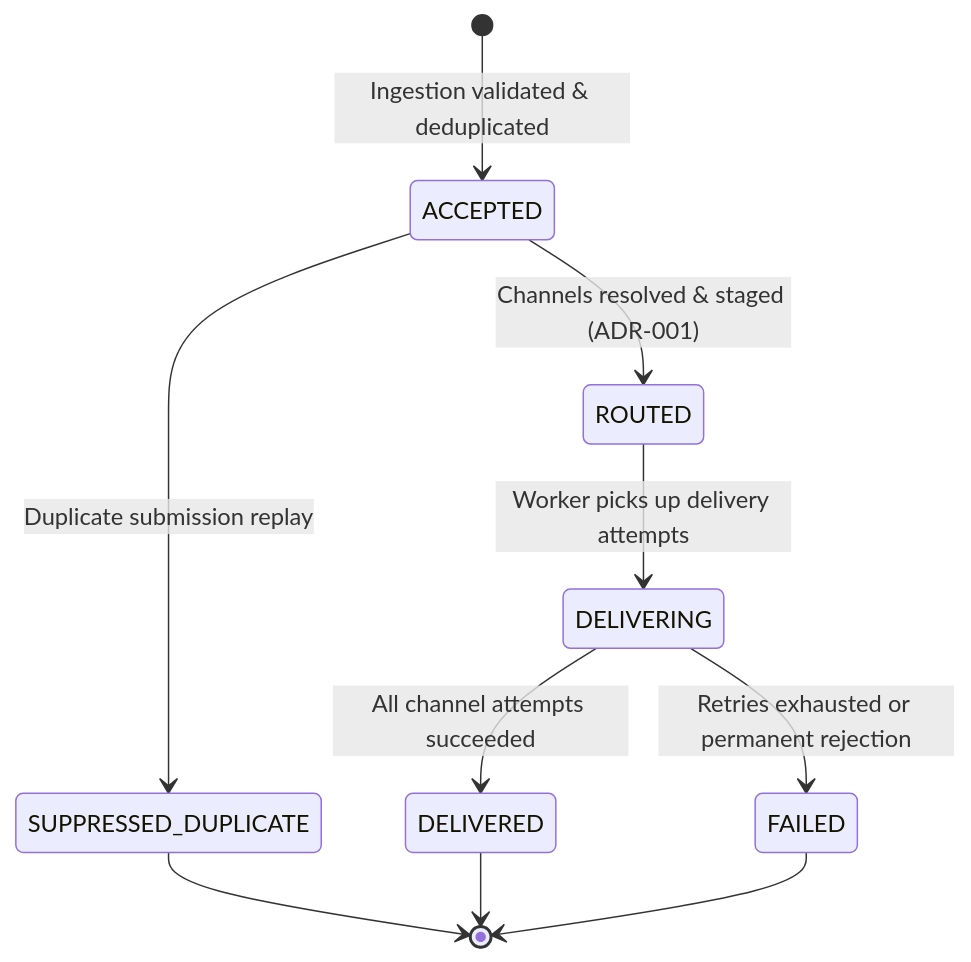
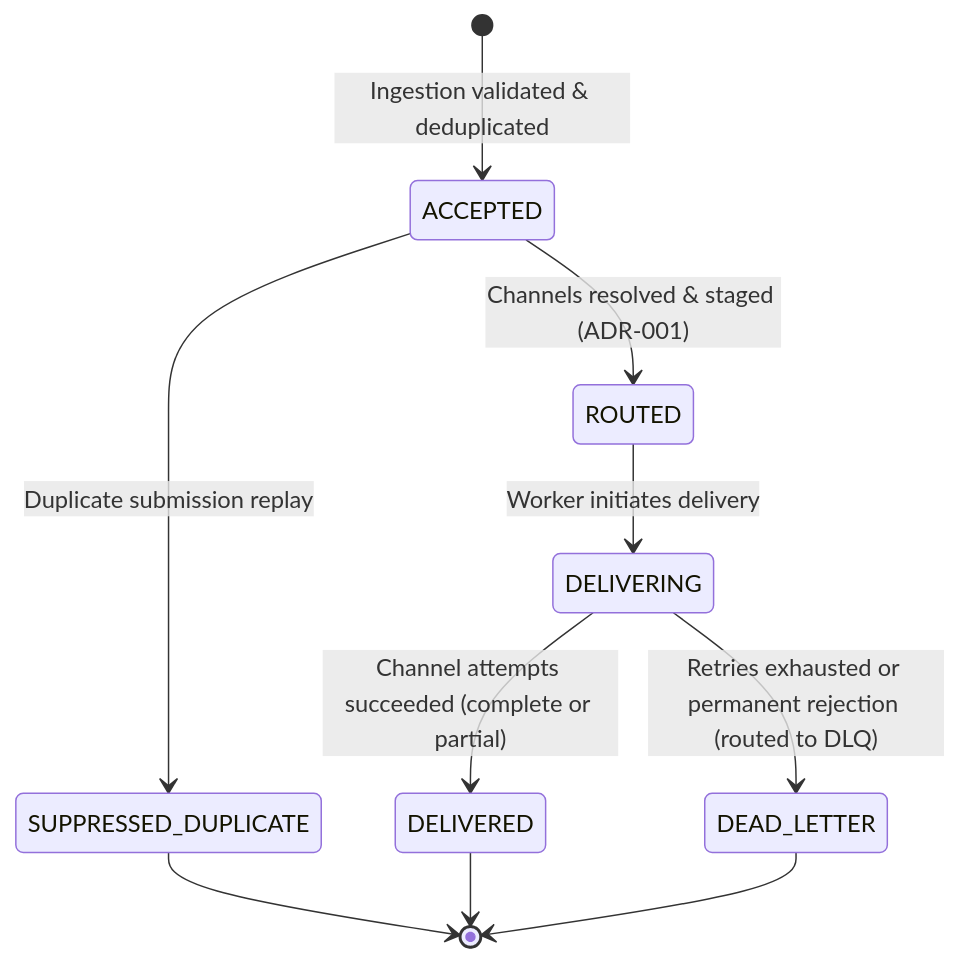
One commit to vardhman-23/notification-service changed the second of 2 diagrams in docs/ARCHITECTURE.md. Above: the diagram before and after it, drawn with Mermaid. The commit also changed other lines of this file and 2 other files, not shown here.

Commit message:
docs: fix Mermaid diagram syntax in README, update SUBMISSION and ARCHITECTURE with NFRs, 107 tests, 98.88% coverage, and scaling roadmap

````diff
--- a/docs/ARCHITECTURE.md
+++ b/docs/ARCHITECTURE.md
@@ -150,12 +170,12 @@
 ```mermaid
 stateDiagram-v2
     [*] --> ACCEPTED: Ingestion validated & deduplicated
     ACCEPTED --> ROUTED: Channels resolved & staged (ADR-001)
-    ROUTED --> DELIVERING: Worker picks up delivery attempts
-    DELIVERING --> DELIVERED: All channel attempts succeeded
-    DELIVERING --> FAILED: Retries exhausted or permanent rejection
+    ROUTED --> DELIVERING: Worker initiates delivery
+    DELIVERING --> DELIVERED: Channel attempts succeeded (complete or partial)
+    DELIVERING --> DEAD_LETTER: Retries exhausted or permanent rejection (routed to DLQ)
     ACCEPTED --> SUPPRESSED_DUPLICATE: Duplicate submission replay
     SUPPRESSED_DUPLICATE --> [*]
     DELIVERED --> [*]
-    FAILED --> [*]
+    DEAD_LETTER --> [*]
 ```
````
